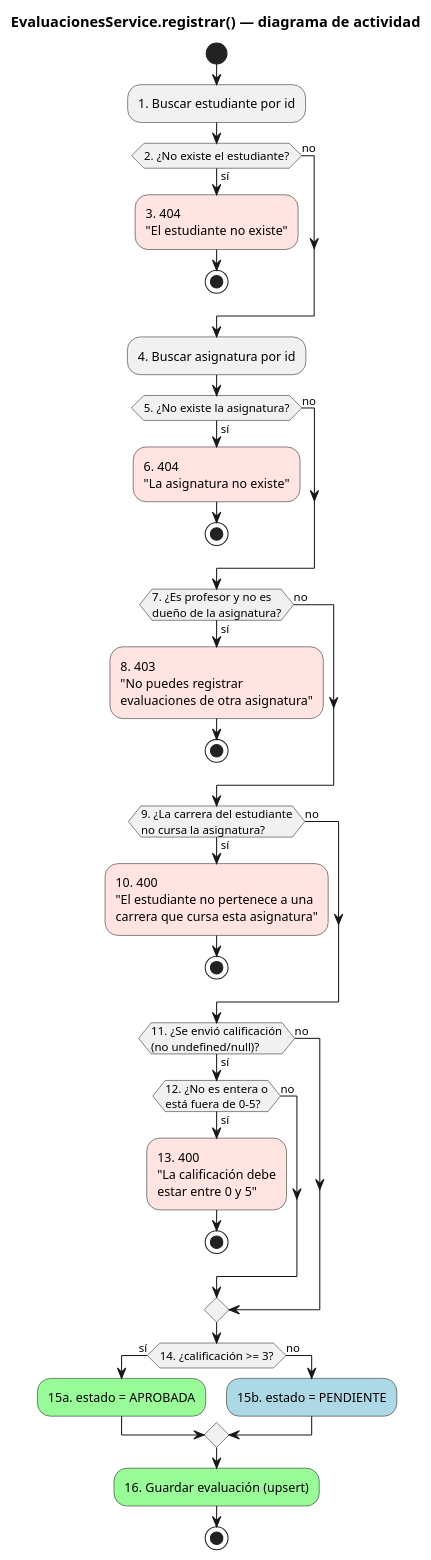
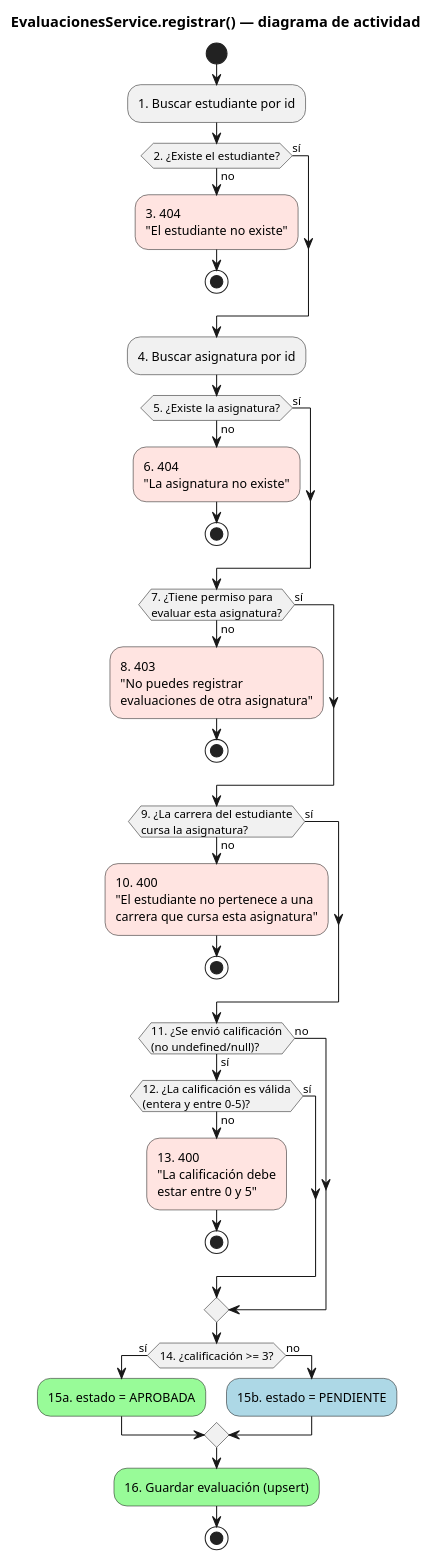
The diagram in docs/diagramas/registrar-evaluacion.puml (Angelggp/rendimiento-academico-ucf), drawn with PlantUML before and after one commit. The commit also changed 5 other files, not shown here.

```diff
--- a/docs/diagramas/registrar-evaluacion.puml
+++ b/docs/diagramas/registrar-evaluacion.puml
@@ -1,48 +1,48 @@
 @startuml registrar-evaluacion
 title EvaluacionesService.registrar() — diagrama de actividad
 
 start
 :1. Buscar estudiante por id;
-if (2. ¿No existe el estudiante?) then (sí)
+if (2. ¿Existe el estudiante?) then (sí)
+else (no)
   #Mistyrose:3. 404\n"El estudiante no existe";
   stop
-else (no)
 endif
 
 :4. Buscar asignatura por id;
-if (5. ¿No existe la asignatura?) then (sí)
+if (5. ¿Existe la asignatura?) then (sí)
+else (no)
   #Mistyrose:6. 404\n"La asignatura no existe";
   stop
-else (no)
 endif
 
-if (7. ¿Es profesor y no es\ndueño de la asignatura?) then (sí)
+if (7. ¿Tiene permiso para\nevaluar esta asignatura?) then (sí)
+else (no)
   #Mistyrose:8. 403\n"No puedes registrar\nevaluaciones de otra asignatura";
   stop
-else (no)
 endif
 
-if (9. ¿La carrera del estudiante\nno cursa la asignatura?) then (sí)
+if (9. ¿La carrera del estudiante\ncursa la asignatura?) then (sí)
+else (no)
   #Mistyrose:10. 400\n"El estudiante no pertenece a una\ncarrera que cursa esta asignatura";
   stop
-else (no)
 endif
 
 if (11. ¿Se envió calificación\n(no undefined/null)?) then (sí)
-  if (12. ¿No es entera o\nestá fuera de 0-5?) then (sí)
+  if (12. ¿La calificación es válida\n(entera y entre 0-5)?) then (sí)
+  else (no)
     #Mistyrose:13. 400\n"La calificación debe\nestar entre 0 y 5";
     stop
-  else (no)
   endif
 else (no)
 endif
 
 if (14. ¿calificación >= 3?) then (sí)
   #Palegreen:15a. estado = APROBADA;
 else (no)
   #Lightblue:15b. estado = PENDIENTE;
 endif
 
 #Palegreen:16. Guardar evaluación (upsert);
 stop
 @enduml
```
